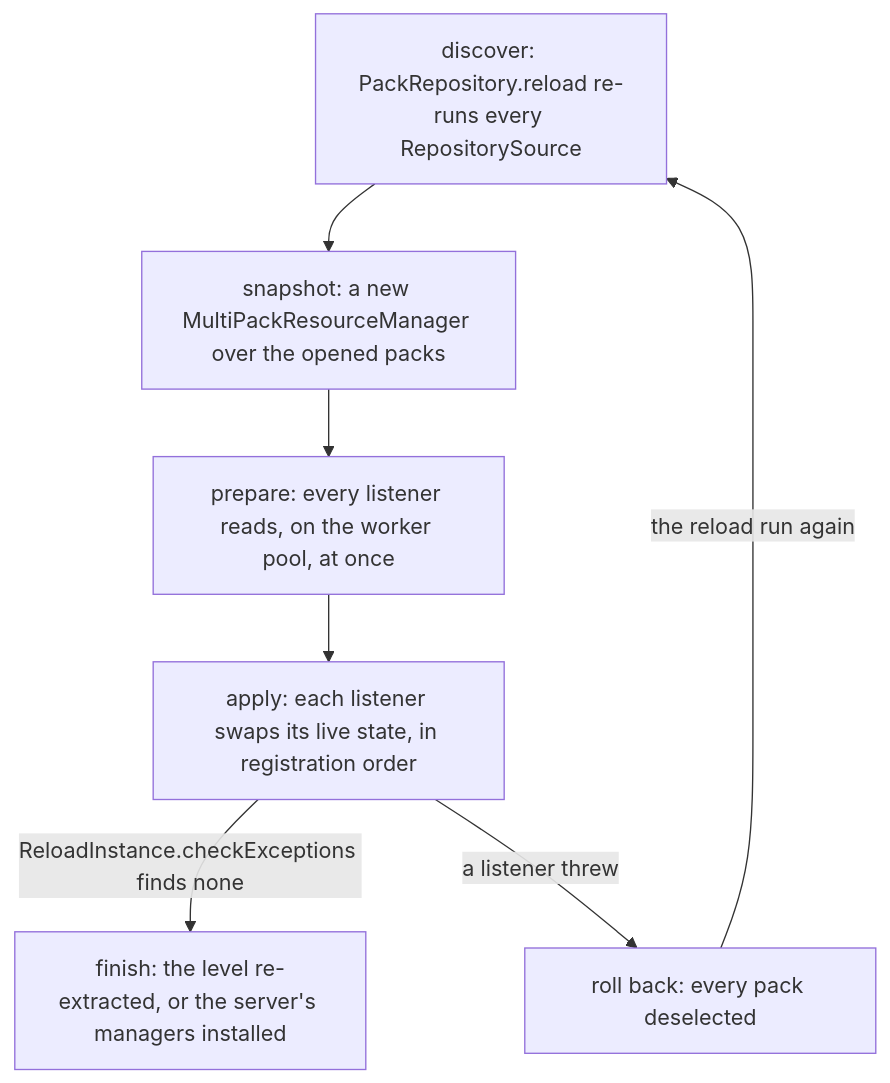
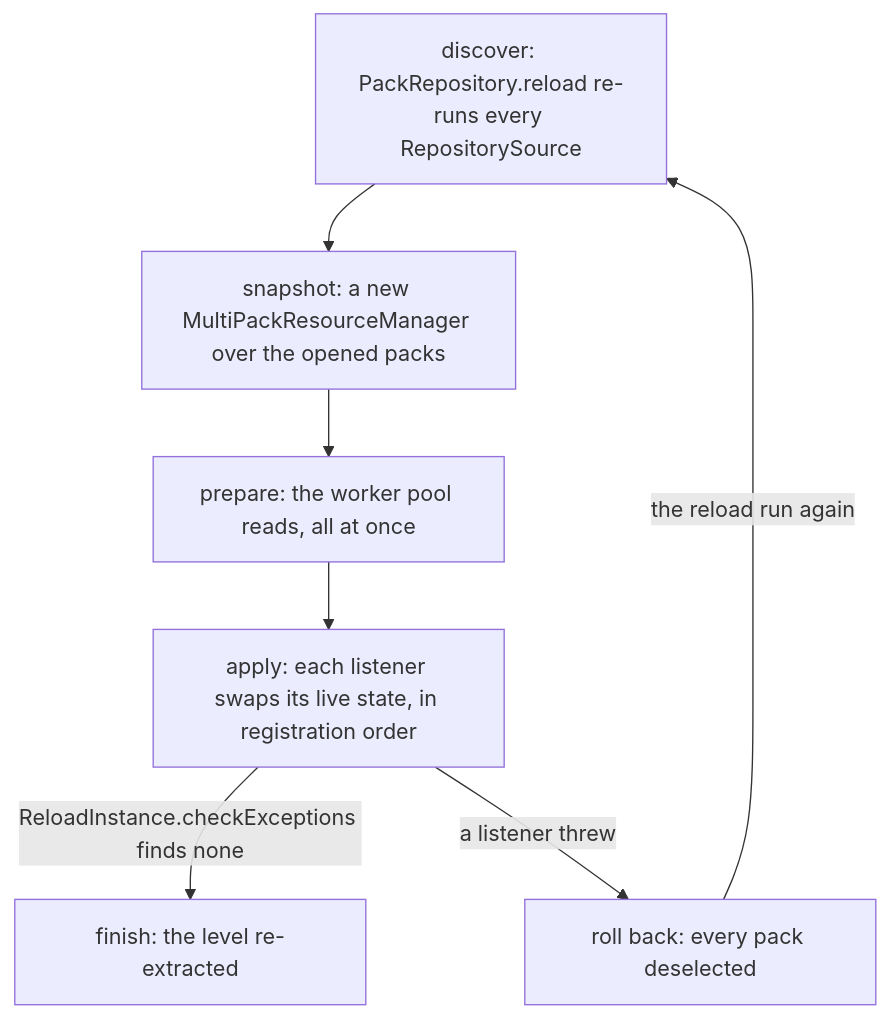
The first of 3 diagrams in src/systems/foundations/resource-system.md (AlexanderjFraser/MinecraftDocs), drawn with Mermaid before and after one commit. The commit also changed other lines of this file and 31 other files, not shown here.

````diff
--- a/src/systems/foundations/resource-system.md
+++ b/src/systems/foundations/resource-system.md
@@ -38,9 +38,9 @@
 ```mermaid
 flowchart TD
     D["discover: PackRepository.reload re-runs every RepositorySource"] --> S["snapshot: a new MultiPackResourceManager over the opened packs"]
-    S --> P["prepare: every listener reads, on the worker pool, at once"]
+    S --> P["prepare: the worker pool reads, all at once"]
     P --> A["apply: each listener swaps its live state, in registration order"]
-    A -- "ReloadInstance.checkExceptions finds none" --> F["finish: the level re-extracted, or the server's managers installed"]
+    A -- "ReloadInstance.checkExceptions finds none" --> F["finish: the level re-extracted"]
     A -- "a listener threw" --> R["roll back: every pack deselected"]
     R -- "the reload run again" --> D
 ```
````
